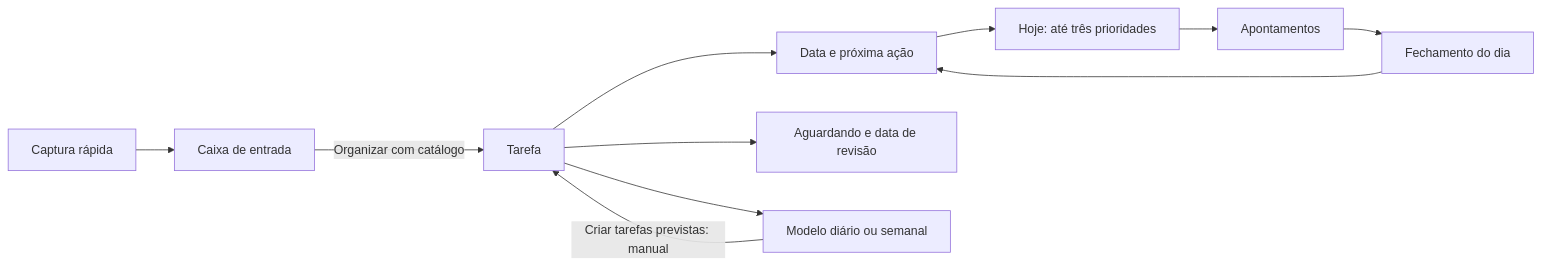
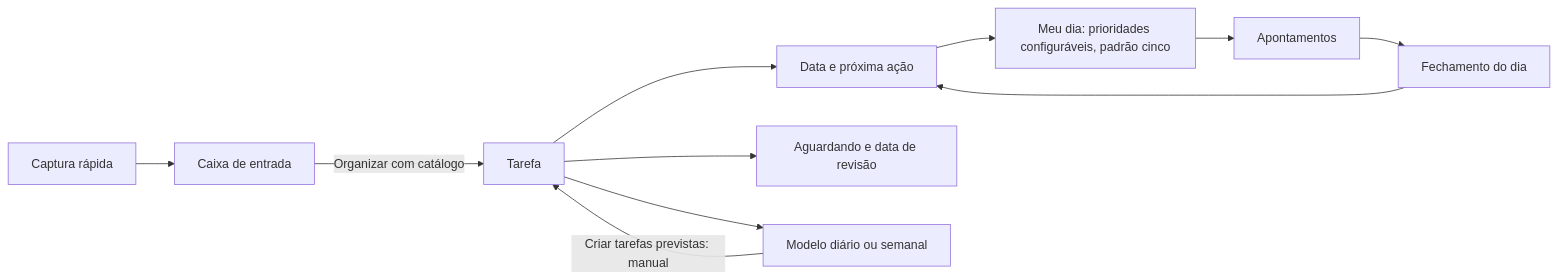
Before and after one commit to gmilanib/Foco: the diagram in Doc/Planejamento.md, drawn with Mermaid. The commit also changed other lines of this file and 92 other files, not shown here.

````diff
--- a/Doc/Planejamento.md
+++ b/Doc/Planejamento.md
@@ -42,13 +44,13 @@
 ```mermaid
 flowchart LR
     C[Captura rápida] --> I[Caixa de entrada]
     I -->|Organizar com catálogo| T[Tarefa]
     T --> P[Data e próxima ação]
-    P --> H[Hoje: até três prioridades]
+    P --> H[Meu dia: prioridades configuráveis, padrão cinco]
     H --> A[Apontamentos]
     T --> W[Aguardando e data de revisão]
     A --> R[Fechamento do dia]
     R --> P
     T --> M[Modelo diário ou semanal]
     M -->|Criar tarefas previstas: manual| T
 ```
````
